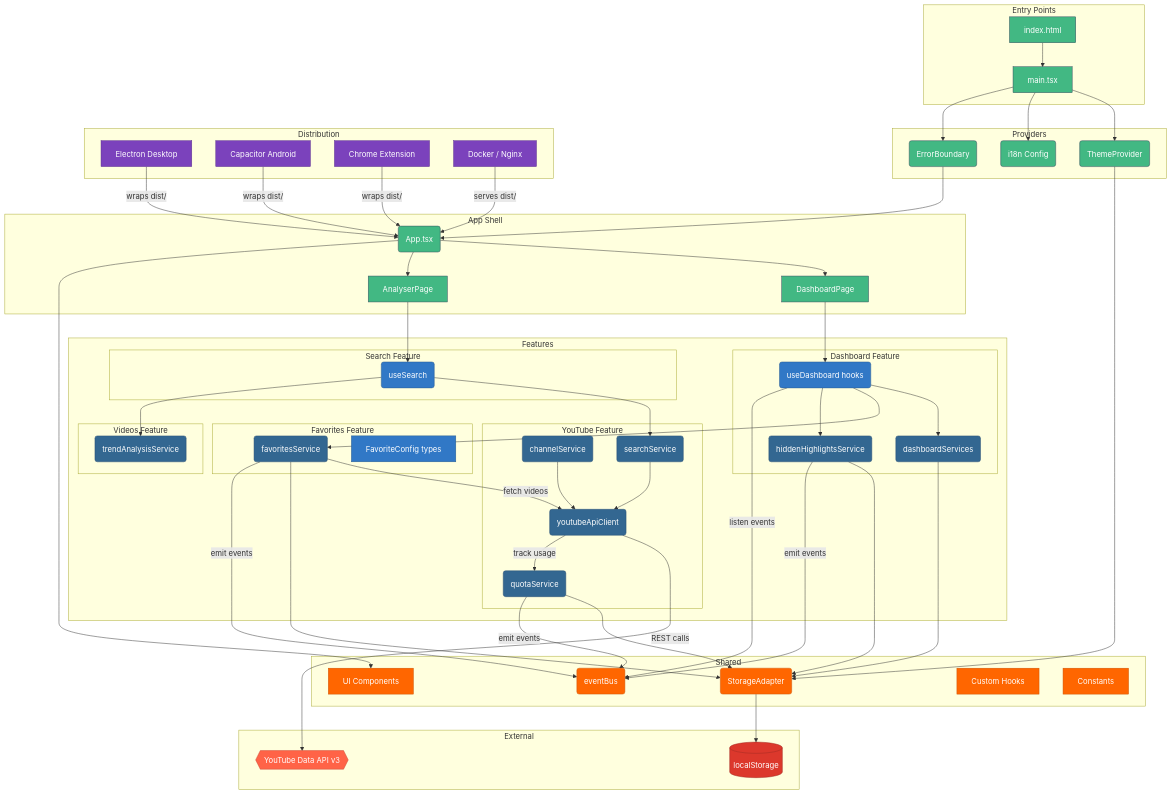
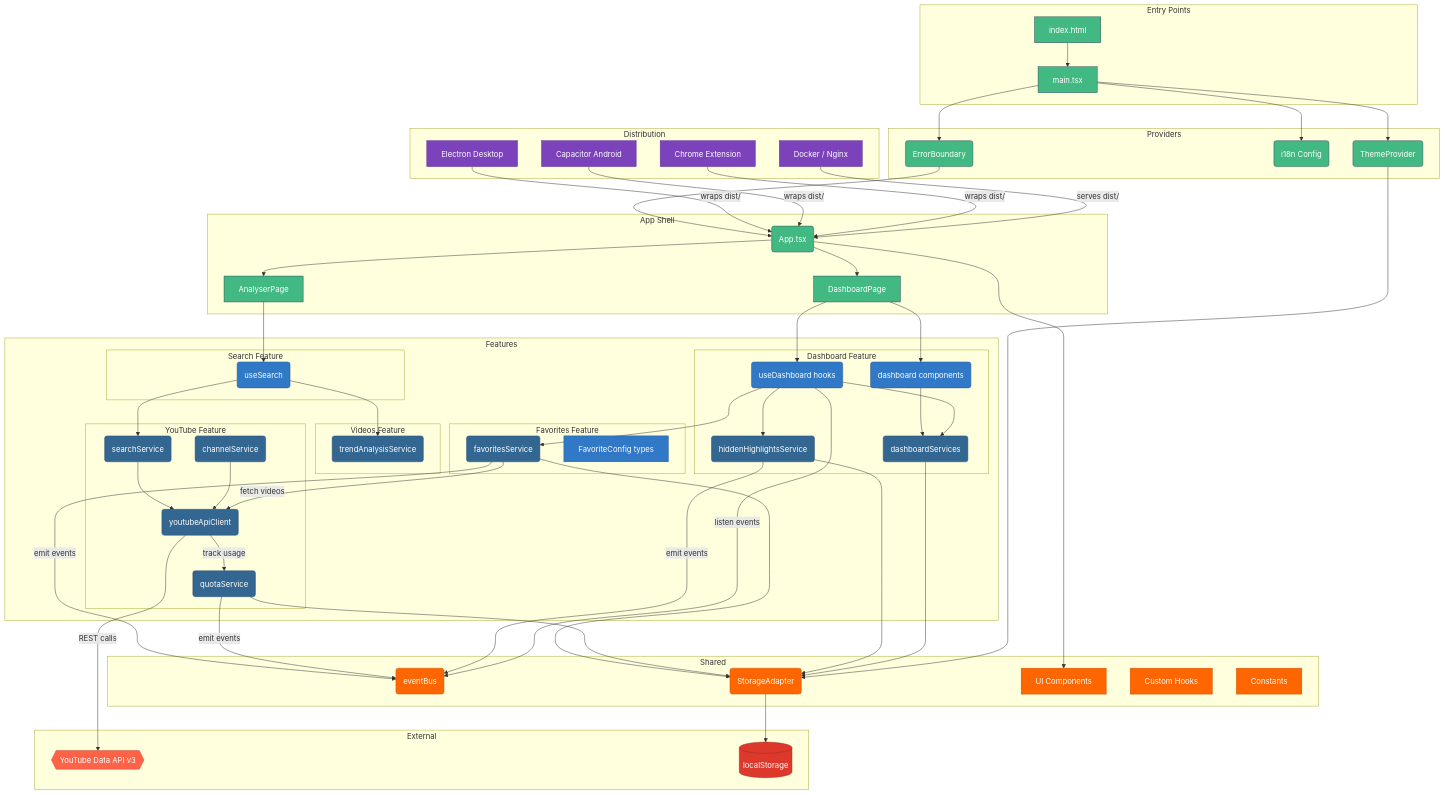
The diagram in docs/ARCHITECTURE.mmd (fo0/tubetrend), drawn with Mermaid before and after one commit. The commit also changed 14 other files, not shown here.

First line of the commit message:
refactor(dashboard): split DashboardPage into feature components (#473)

```diff
--- a/docs/ARCHITECTURE.mmd
+++ b/docs/ARCHITECTURE.mmd
@@ -1,142 +1,146 @@
 flowchart TD
     subgraph "Entry Points"
         MAIN["main.tsx"]:::frontend
         HTML["index.html"]:::frontend
     end
 
     subgraph "App Shell"
         APP("App.tsx"):::frontend
         DASHBOARD["DashboardPage"]:::frontend
         ANALYSER["AnalyserPage"]:::frontend
     end
 
     subgraph "Providers"
         THEME("ThemeProvider"):::frontend
         I18N("i18n Config"):::frontend
         ERRBND("ErrorBoundary"):::frontend
     end
 
     subgraph "Features"
         subgraph "Dashboard Feature"
             USEDASH("useDashboard hooks"):::feature
+            DASHCOMP("dashboard components"):::feature
             DASHSVC("dashboardServices"):::service
             HIDDEN("hiddenHighlightsService"):::service
         end
 
         subgraph "Favorites Feature"
             FAVSVC("favoritesService"):::service
             FAVTYPES["FavoriteConfig types"]:::feature
         end
 
         subgraph "Search Feature"
             USESEARCH("useSearch"):::feature
         end
 
         subgraph "Videos Feature"
             TREND("trendAnalysisService"):::service
         end
 
         subgraph "YouTube Feature"
             APICLIENT("youtubeApiClient"):::service
             CHANSVC("channelService"):::service
             SEARCHSVC("searchService"):::service
             QUOTASVC("quotaService"):::service
         end
     end
 
     subgraph "Shared"
         EVENTBUS("eventBus"):::shared
         STORAGE("StorageAdapter"):::shared
         UICOMPS["UI Components"]:::shared
         HOOKS["Custom Hooks"]:::shared
         CONSTANTS["Constants"]:::shared
     end
 
     subgraph "External"
         YTAPI{{"YouTube Data API v3"}}:::external
         LOCALSTORAGE[("localStorage")]:::storage
     end
 
     subgraph "Distribution"
         ELECTRON["Electron Desktop"]:::infra
         CAPACITOR["Capacitor Android"]:::infra
         CHROMEEXT["Chrome Extension"]:::infra
         DOCKER["Docker / Nginx"]:::infra
     end
 
     HTML --> MAIN
     MAIN --> THEME
     MAIN --> I18N
     MAIN --> ERRBND
     ERRBND --> APP
     APP --> DASHBOARD
     APP --> ANALYSER
 
     DASHBOARD --> USEDASH
+    DASHBOARD --> DASHCOMP
+    DASHCOMP --> DASHSVC
     USEDASH --> DASHSVC
     USEDASH --> FAVSVC
     USEDASH --> HIDDEN
     ANALYSER --> USESEARCH
     USESEARCH --> SEARCHSVC
     USESEARCH --> TREND
 
     SEARCHSVC --> APICLIENT
     CHANSVC --> APICLIENT
     FAVSVC -->|"fetch videos"| APICLIENT
     APICLIENT -->|"REST calls"| YTAPI
     APICLIENT -->|"track usage"| QUOTASVC
 
     FAVSVC --> STORAGE
     QUOTASVC --> STORAGE
     HIDDEN --> STORAGE
     DASHSVC --> STORAGE
     THEME --> STORAGE
     STORAGE --> LOCALSTORAGE
 
     FAVSVC -->|"emit events"| EVENTBUS
     QUOTASVC -->|"emit events"| EVENTBUS
     HIDDEN -->|"emit events"| EVENTBUS
     USEDASH -->|"listen events"| EVENTBUS
 
     APP --> UICOMPS
 
     ELECTRON -->|"wraps dist/"| APP
     CAPACITOR -->|"wraps dist/"| APP
     CHROMEEXT -->|"wraps dist/"| APP
     DOCKER -->|"serves dist/"| APP
 
     click MAIN "src/main.tsx"
     click HTML "index.html"
     click APP "src/app/App.tsx"
     click DASHBOARD "src/app/routes/DashboardPage.tsx"
     click ANALYSER "src/app/routes/AnalyserPage.tsx"
     click THEME "src/providers/ThemeProvider.tsx"
     click I18N "src/i18n/config.ts"
     click ERRBND "src/shared/components/feedback"
     click USEDASH "src/features/dashboard/hooks/useDashboard.ts"
+    click DASHCOMP "src/features/dashboard/components"
     click DASHSVC "src/features/dashboard/services"
     click HIDDEN "src/features/dashboard/services"
     click FAVSVC "src/features/favorites/services/favoritesService.ts"
     click USESEARCH "src/features/search/hooks/useSearch.ts"
     click TREND "src/features/videos/services/trendAnalysisService.ts"
     click APICLIENT "src/features/youtube/services/youtubeApiClient.ts"
     click CHANSVC "src/features/youtube/services/channelService.ts"
     click SEARCHSVC "src/features/youtube/services/searchService.ts"
     click QUOTASVC "src/features/youtube/services/quotaService.ts"
     click EVENTBUS "src/shared/lib/eventBus.ts"
     click STORAGE "src/shared/lib/storage.ts"
     click UICOMPS "src/shared/components/ui"
     click HOOKS "src/shared/hooks"
     click CONSTANTS "src/shared/constants"
     click ELECTRON "electron/main.ts"
     click CAPACITOR "capacitor.config.ts"
     click CHROMEEXT "chrome-extension/manifest.json"
     click DOCKER "Dockerfile"
 
     classDef frontend fill:#42b883,stroke:#35495e,color:#fff
     classDef feature fill:#3178c6,stroke:#265a8f,color:#fff
     classDef service fill:#336791,stroke:#264d73,color:#fff
     classDef storage fill:#dc382c,stroke:#a02a22,color:#fff
     classDef external fill:#ff6347,stroke:#cc4f39,color:#fff
     classDef infra fill:#7b42bc,stroke:#5e338f,color:#fff
     classDef shared fill:#ff6600,stroke:#cc5200,color:#fff
```
